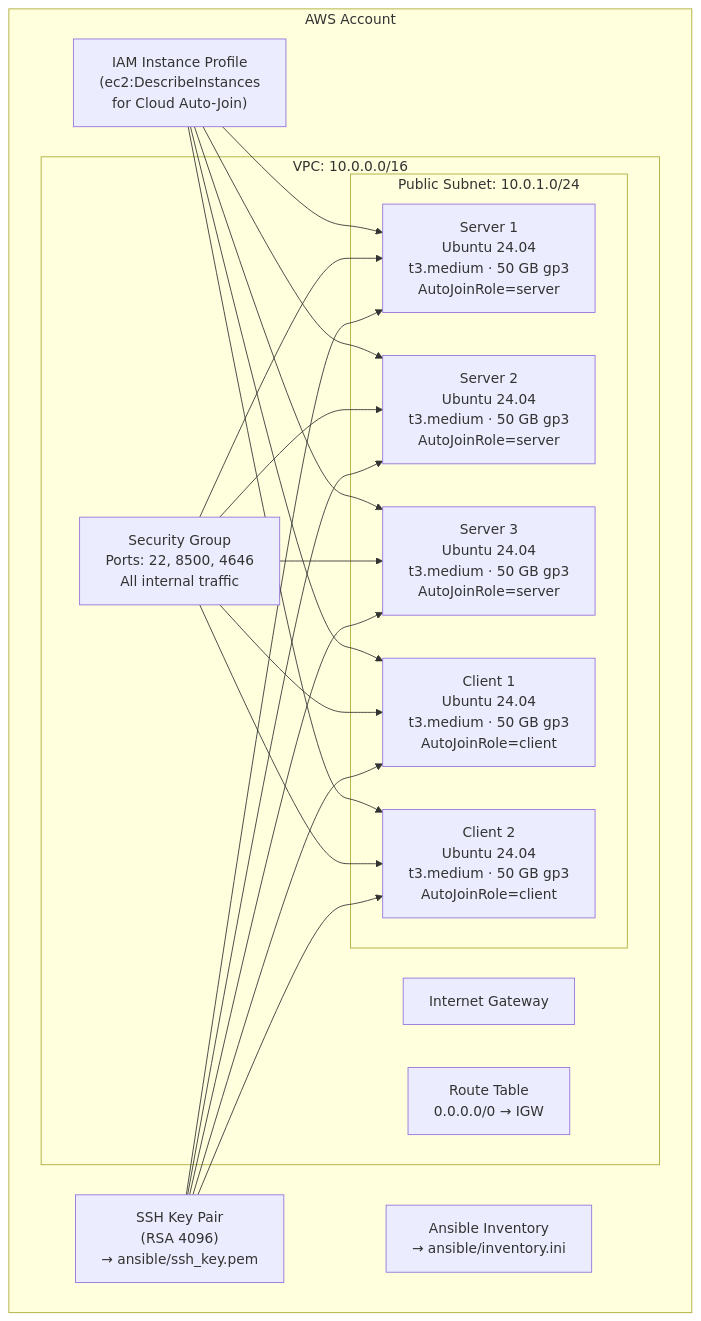
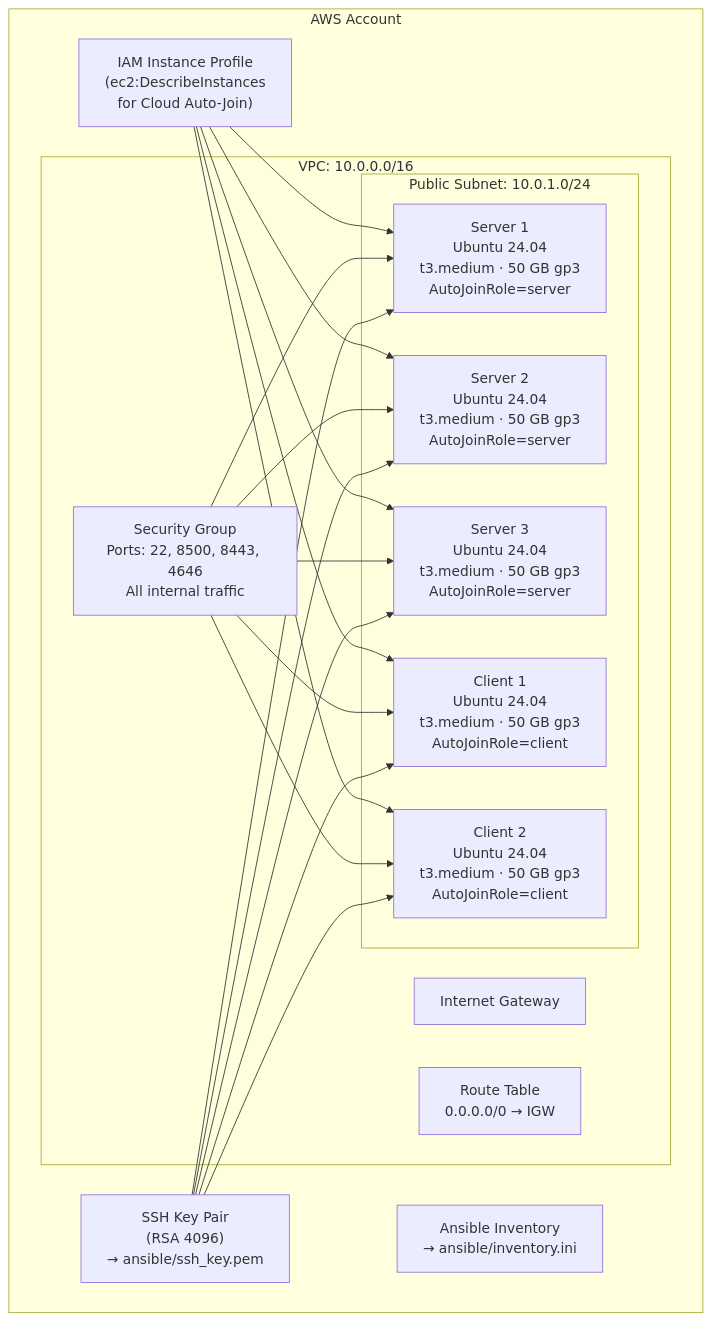
Before and after one commit to hashicorp-education/nomad-infrastructure: the diagram in terraform/aws/README.md, drawn with Mermaid. The commit also changed other lines of this file and 36 other files, not shown here.

````diff
--- a/terraform/aws/README.md
+++ b/terraform/aws/README.md
@@ -7,27 +7,27 @@
 ```mermaid
 graph TB
     subgraph AWS["AWS Account"]
         IAM["IAM Instance Profile\n(ec2:DescribeInstances\nfor Cloud Auto-Join)"]
 
         subgraph VPC["VPC: 10.0.0.0/16"]
             IGW[Internet Gateway]
             RT[Route Table\n0.0.0.0/0 → IGW]
-            SG["Security Group\nPorts: 22, 8500, 4646\nAll internal traffic"]
+            SG["Security Group\nPorts: 22, 8500, 8443, 4646\nAll internal traffic"]
 
             subgraph Subnet["Public Subnet: 10.0.1.0/24"]
                 S1["Server 1\nUbuntu 24.04\nt3.medium · 50 GB gp3\nAutoJoinRole=server"]
                 S2["Server 2\nUbuntu 24.04\nt3.medium · 50 GB gp3\nAutoJoinRole=server"]
                 S3["Server 3\nUbuntu 24.04\nt3.medium · 50 GB gp3\nAutoJoinRole=server"]
                 C1["Client 1\nUbuntu 24.04\nt3.medium · 50 GB gp3\nAutoJoinRole=client"]
                 C2["Client 2\nUbuntu 24.04\nt3.medium · 50 GB gp3\nAutoJoinRole=client"]
             end
         end
 
         KP["SSH Key Pair\n(RSA 4096)\n→ ansible/ssh_key.pem"]
         INV["Ansible Inventory\n→ ansible/inventory.ini"]
     end
 
     IAM --> S1 & S2 & S3 & C1 & C2
     SG --> S1 & S2 & S3 & C1 & C2
     KP --> S1 & S2 & S3 & C1 & C2
 ```
````
